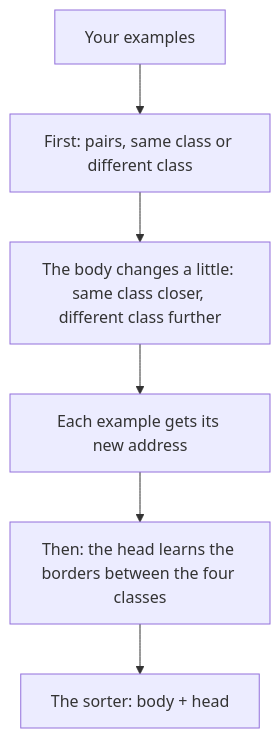
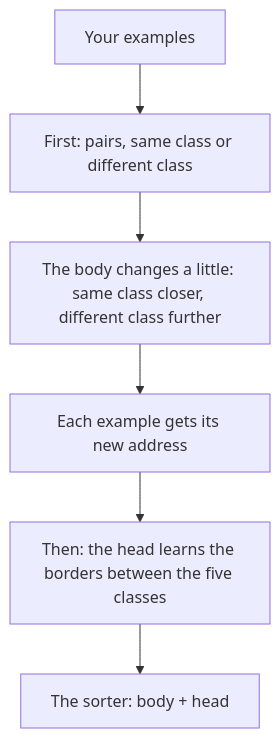
The third of 3 diagrams in README.md (Youth-AI-Lab/yal-workshop-finetune), drawn with Mermaid before and after one commit. The commit also changed other lines of this file and 4 other files, not shown here.

````diff
--- a/README.md
+++ b/README.md
@@ -495,8 +533,8 @@
 ```mermaid
 flowchart TD
   E["Your examples"] --> P["First: pairs, same class or different class"]
   P --> B["The body changes a little: same class closer, different class further"]
   B --> A["Each example gets its new address"]
-  A --> H["Then: the head learns the borders between the four classes"]
+  A --> H["Then: the head learns the borders between the five classes"]
   H --> S["The sorter: body + head"]
 ```
````
